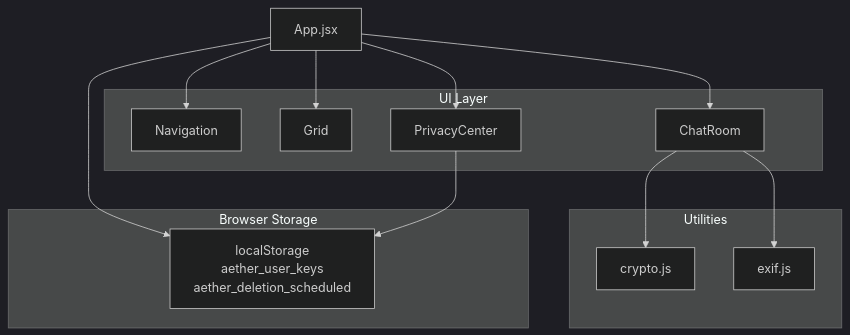
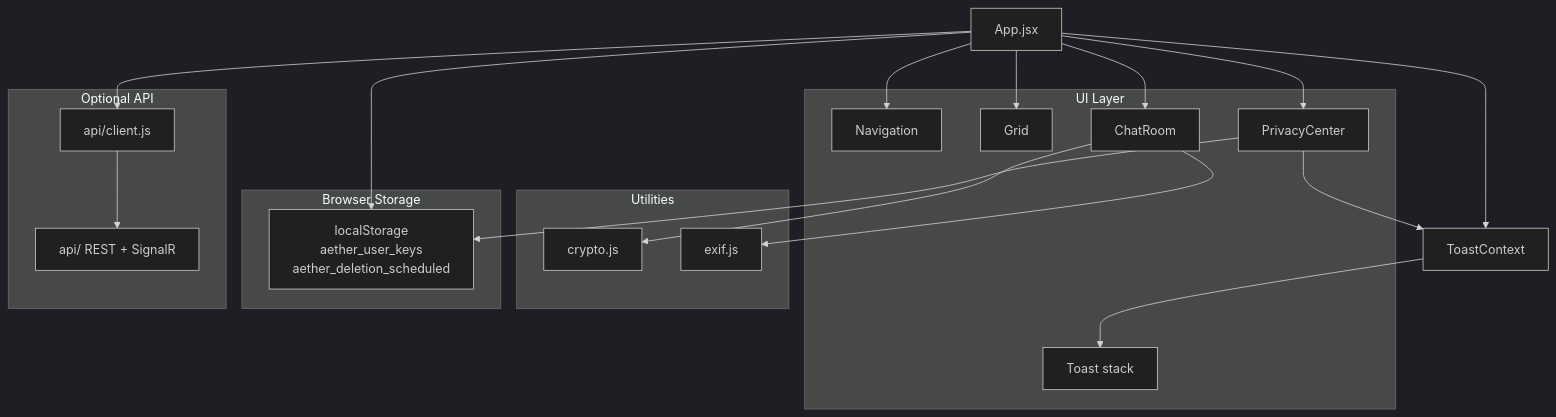
One commit to Jono120/aether-chat changed the first of 2 diagrams in docs/ARCHITECTURE.md. Above: the diagram before and after it, drawn with Mermaid (dark theme). The commit also changed other lines of this file and 102 other files, not shown here.

````diff
--- a/docs/ARCHITECTURE.md
+++ b/docs/ARCHITECTURE.md
@@ -9,24 +9,34 @@
 ```mermaid
 flowchart TB
   subgraph ui [UI Layer]
     Nav[Navigation]
     Grid[Grid]
     Chat[ChatRoom]
     Privacy[PrivacyCenter]
+    Toast[Toast stack]
   end
   subgraph utils [Utilities]
     Crypto[crypto.js]
     Exif[exif.js]
   end
   subgraph storage [Browser Storage]
     LS["localStorage\naether_user_keys\naether_deletion_scheduled"]
   end
+  subgraph api [Optional API]
+    Client[api/client.js]
+    Server[api/ REST + SignalR]
+  end
   App[App.jsx] --> Nav
+  App --> Client
+  Client --> Server
   App --> Grid
   App --> Chat
   App --> Privacy
   App --> LS
+  ToastCtx[ToastContext] --> Toast
+  App --> ToastCtx
   Chat --> Crypto
   Chat --> Exif
   Privacy --> LS
+  Privacy --> ToastCtx
 ```
````
